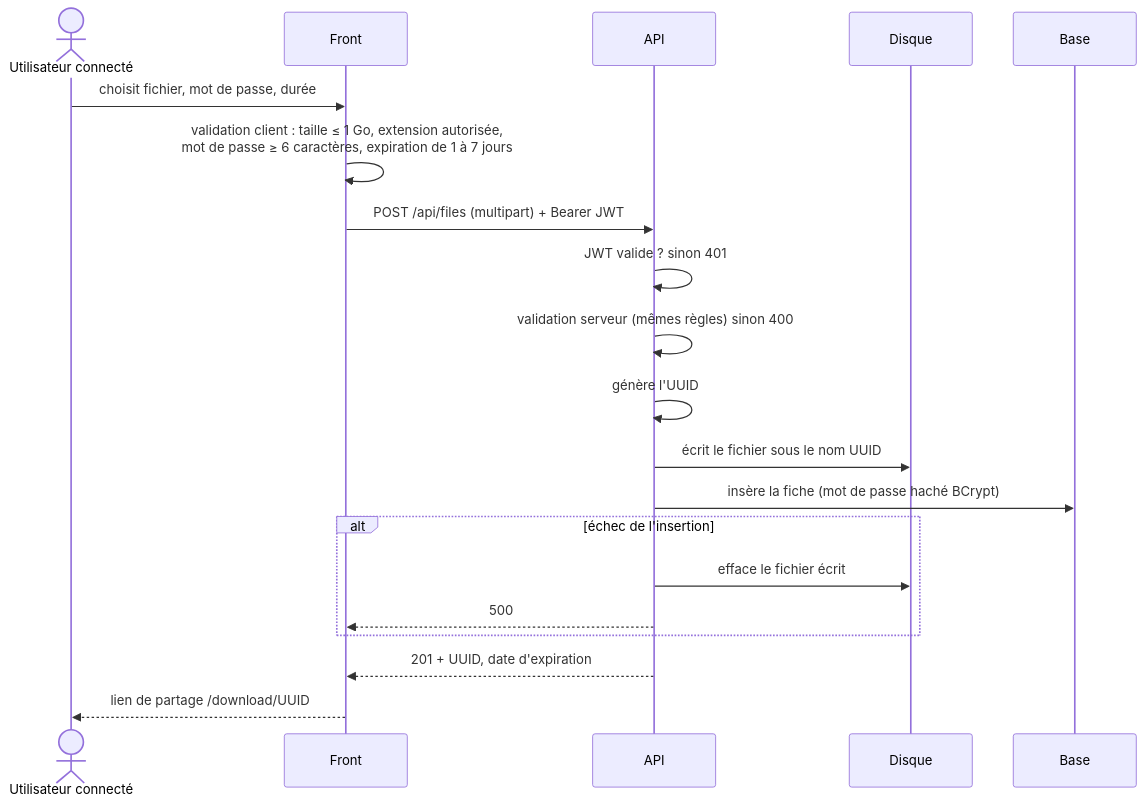
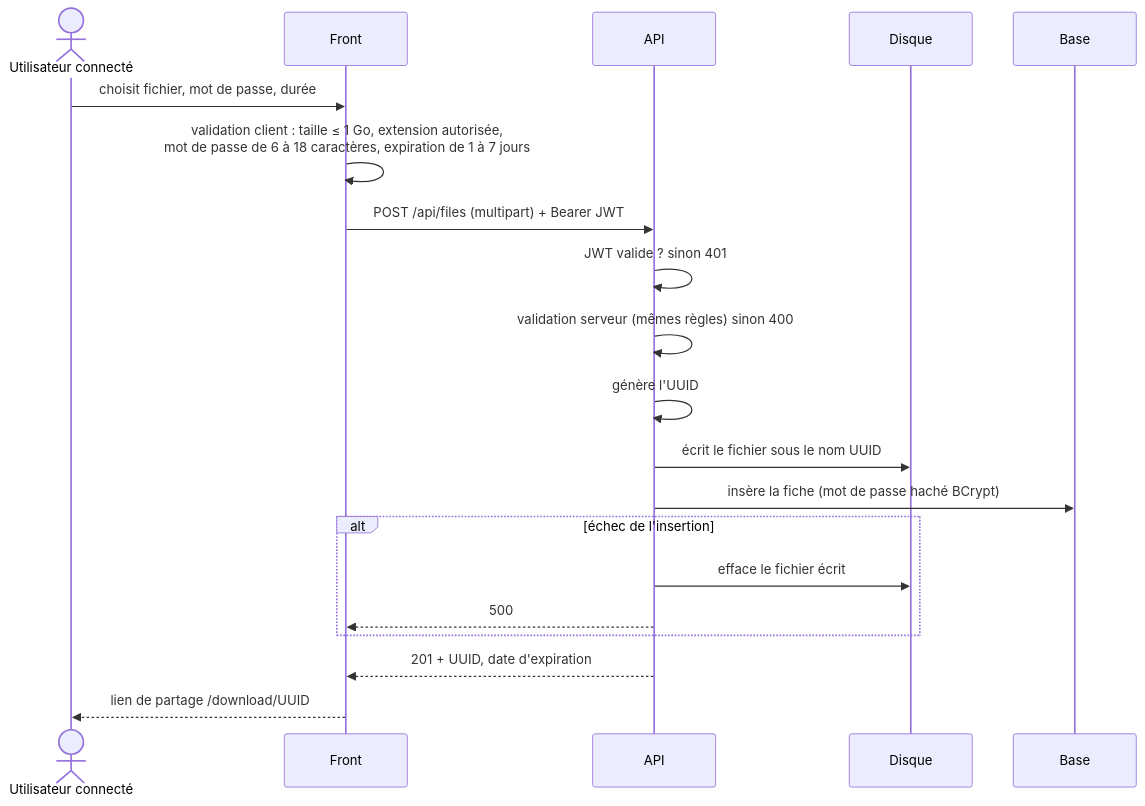
The fourth of 6 diagrams in docs/conception/architecture.md (younesyousfipro/data-share), drawn with Mermaid before and after one commit. The commit also changed other lines of this file and 7 other files, not shown here.

````diff
--- a/docs/conception/architecture.md
+++ b/docs/conception/architecture.md
@@ -306,23 +386,23 @@
 ```mermaid
 sequenceDiagram
   actor U as Utilisateur connecté
   participant F as Front
   participant A as API
   participant D as Disque
   participant B as Base
 
   U->>F: choisit fichier, mot de passe, durée
-  F->>F: validation client : taille ≤ 1 Go, extension autorisée,<br/>mot de passe ≥ 6 caractères, expiration de 1 à 7 jours
+  F->>F: validation client : taille ≤ 1 Go, extension autorisée,<br/>mot de passe de 6 à 18 caractères, expiration de 1 à 7 jours
   F->>A: POST /api/files (multipart) + Bearer JWT
   A->>A: JWT valide ? sinon 401
   A->>A: validation serveur (mêmes règles) sinon 400
   A->>A: génère l'UUID
   A->>D: écrit le fichier sous le nom UUID
   A->>B: insère la fiche (mot de passe haché BCrypt)
   alt échec de l'insertion
     A->>D: efface le fichier écrit
     A-->>F: 500
   end
   A-->>F: 201 + UUID, date d'expiration
   F-->>U: lien de partage /download/UUID
 ```
````
